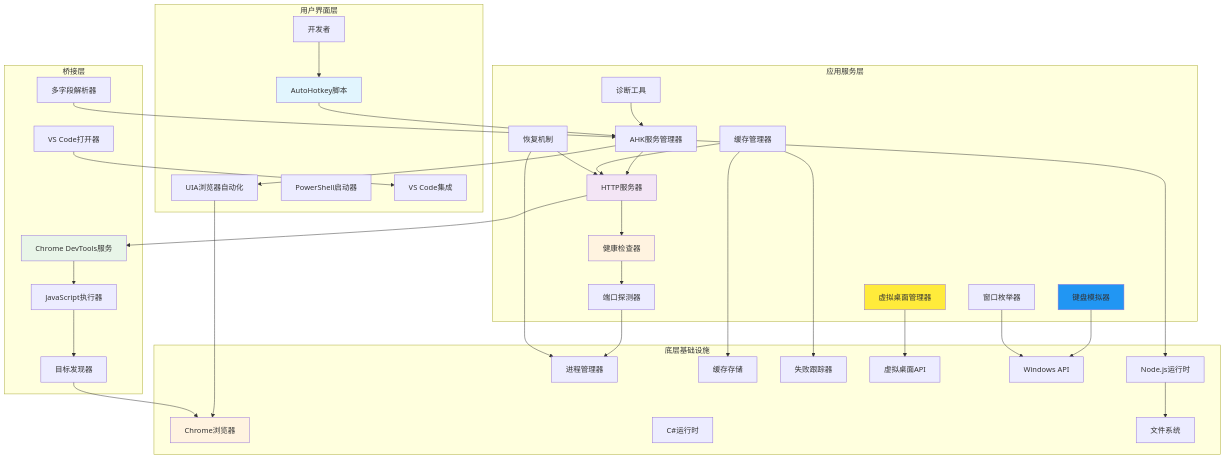
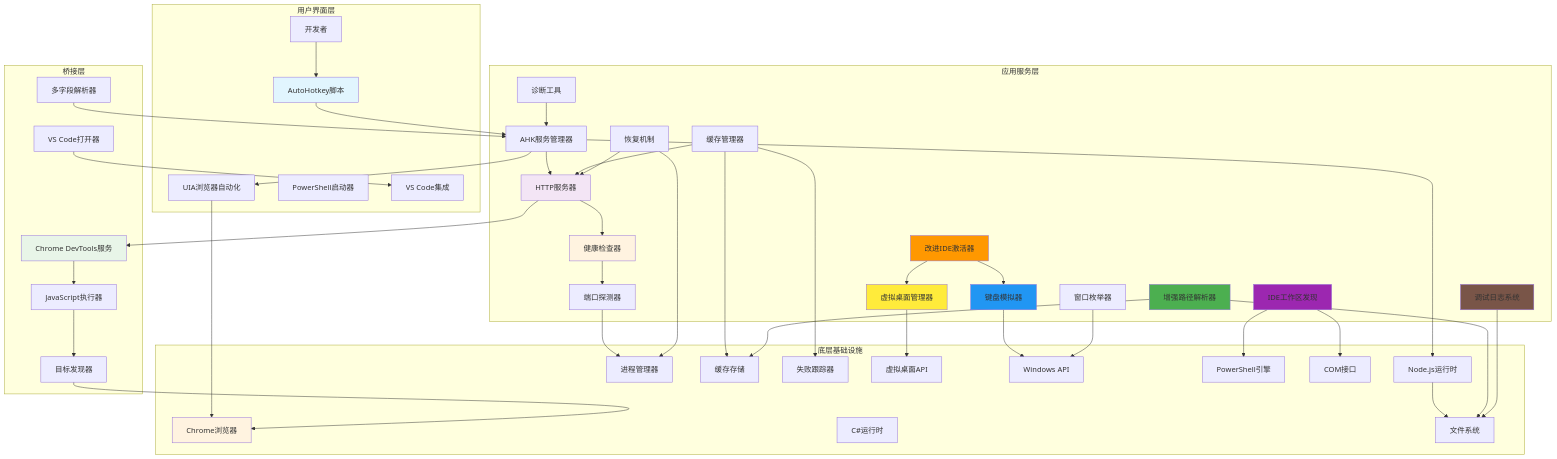
The second of 16 diagrams in .qoder/repowiki/zh/content/外部工具集成/Node.js桥接工具.md (wangys-123doit/hotkey), drawn with Mermaid before and after one commit. The commit also changed other lines of this file and 5 other files, not shown here.

````diff
--- a/.qoder/repowiki/zh/content/外部工具集成/Node.js桥接工具.md
+++ b/.qoder/repowiki/zh/content/外部工具集成/Node.js桥接工具.md
@@ -213,6 +301,10 @@
 VirtualDesktopManager[虚拟桌面管理器]
 KeyboardSimulator[键盘模拟器]
 WindowEnumerator[窗口枚举器]
+IDEWorkspaceDiscovery[IDE工作区发现]
+EnhancedPathResolver[增强路径解析器]
+ImprovedIDEActivator[改进IDE激活器]
+DebugLogger[调试日志系统]
 end
 subgraph "桥接层"
 CDPServer[Chrome DevTools服务]
@@ -231,6 +323,8 @@
 FailureTracker[失败跟踪器]
 VirtualDesktop[虚拟桌面API]
 WindowsAPI[Windows API]
+PowerShell[PowerShell引擎]
+COMInterface[COM接口]
 end
 User --> AHK
 AHK --> AHKService
@@ -256,6 +350,13 @@
 VirtualDesktopManager --> VirtualDesktop
 KeyboardSimulator --> WindowsAPI
 WindowEnumerator --> WindowsAPI
+IDEWorkspaceDiscovery --> PowerShell
+IDEWorkspaceDiscovery --> COMInterface
+EnhancedPathResolver --> FileSystem
+EnhancedPathResolver --> CacheStorage
+ImprovedIDEActivator --> VirtualDesktopManager
+ImprovedIDEActivator --> KeyboardSimulator
+DebugLogger --> FileSystem
 VSCodeOpener --> VSCode
 style AHK fill:#e1f5fe
 style HTTPServer fill:#f3e5f5
@@ -264,4 +365,8 @@
 style HealthChecker fill:#fff3e0
 style VirtualDesktopManager fill:#ffeb3b
 style KeyboardSimulator fill:#2196f3
+style IDEWorkspaceDiscovery fill:#9c27b0
+style EnhancedPathResolver fill:#4caf50
+style ImprovedIDEActivator fill:#ff9800
+style DebugLogger fill:#795548
 ```
````
